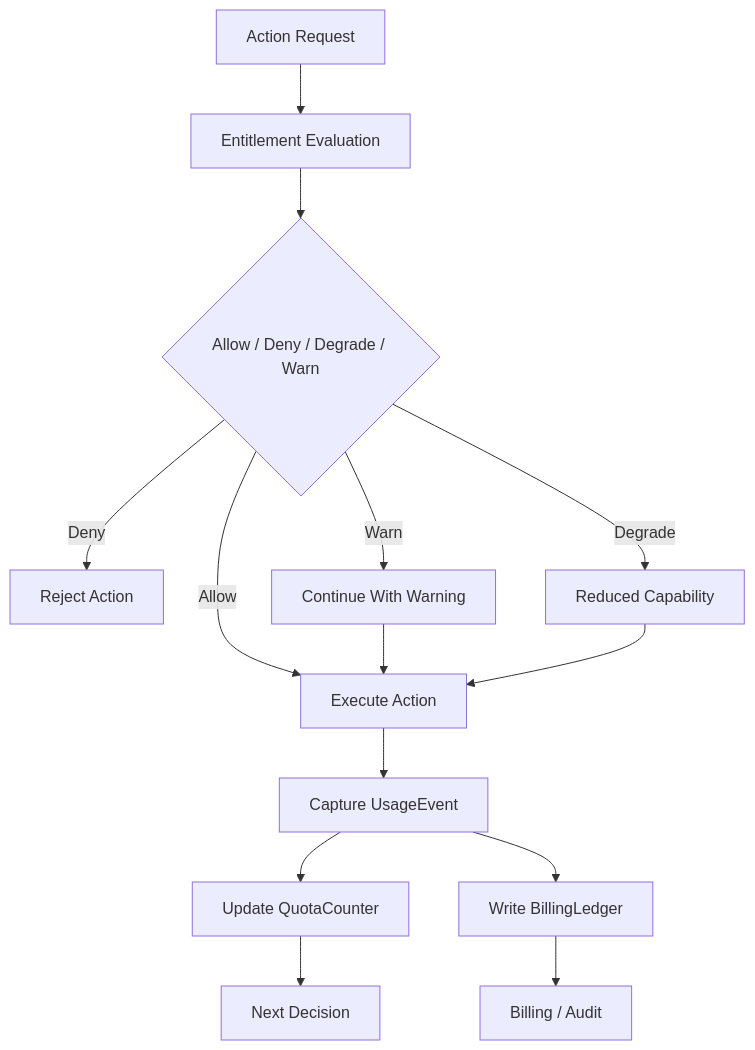
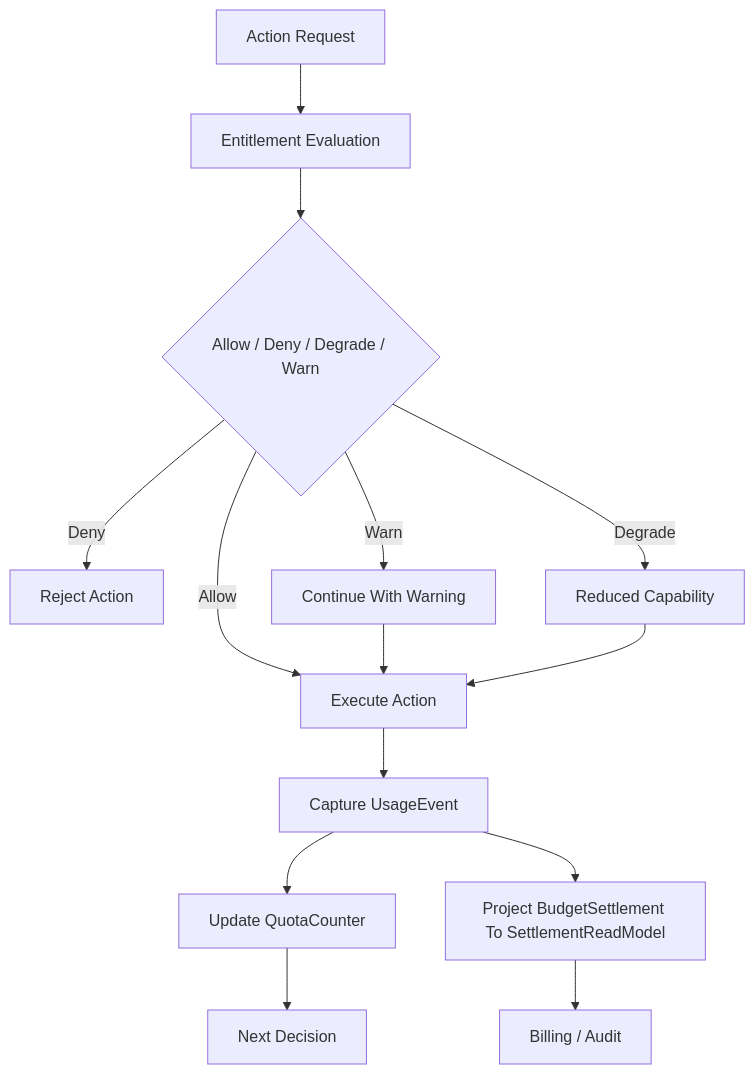
Before and after one commit to HoldenShen-hz/automatic-agent-platform: the second of 3 diagrams in docs_en/contracts/monetization_metering_plane_contract.md, drawn with Mermaid. The commit also changed other lines of this file and 495 other files, not shown here.

````diff
--- a/docs_en/contracts/monetization_metering_plane_contract.md
+++ b/docs_en/contracts/monetization_metering_plane_contract.md
@@ -170,16 +190,16 @@
 ```mermaid
 flowchart TD
     A["Action Request"] --> B["Entitlement Evaluation"]
     B --> C{"Allow / Deny / Degrade / Warn"}
     C -- "Deny" --> D["Reject Action"]
     C -- "Warn" --> E["Continue With Warning"]
     C -- "Degrade" --> F["Reduced Capability"]
     C -- "Allow" --> G["Execute Action"]
     E --> G
     F --> G
     G --> H["Capture UsageEvent"]
     H --> I["Update QuotaCounter"]
-    H --> J["Write BillingLedger"]
+    H --> J["Project BudgetSettlement To SettlementReadModel"]
     I --> K["Next Decision"]
     J --> L["Billing / Audit"]
 ```
````
